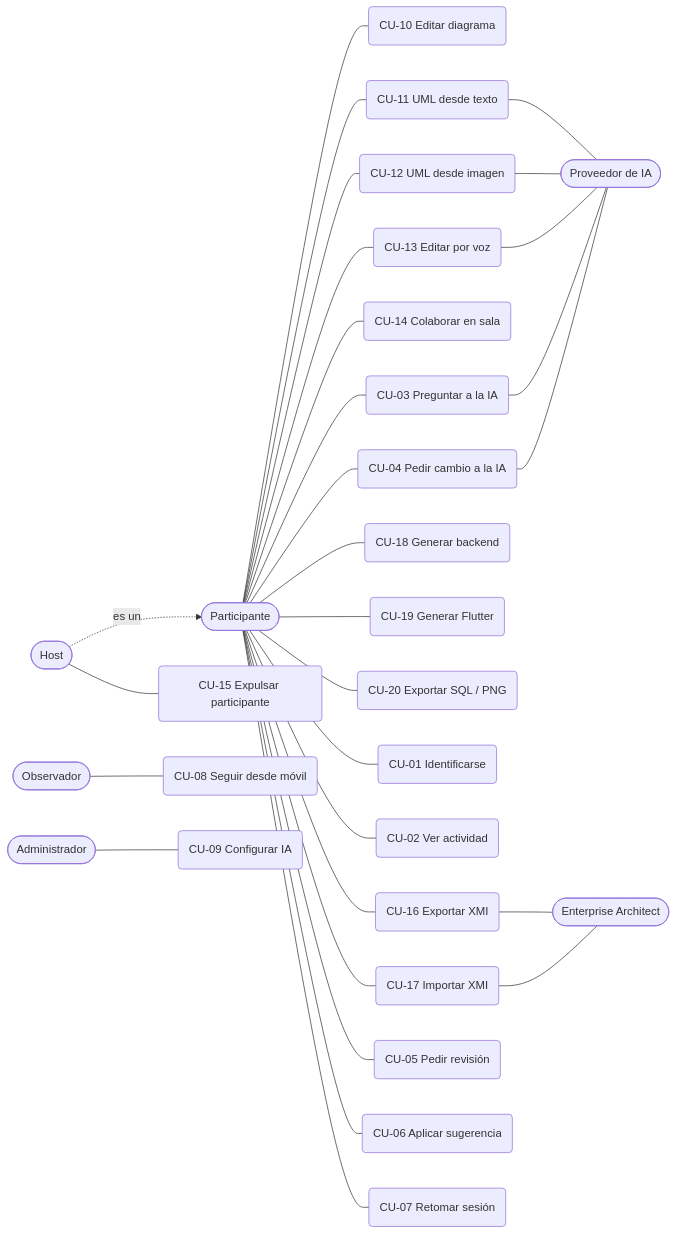
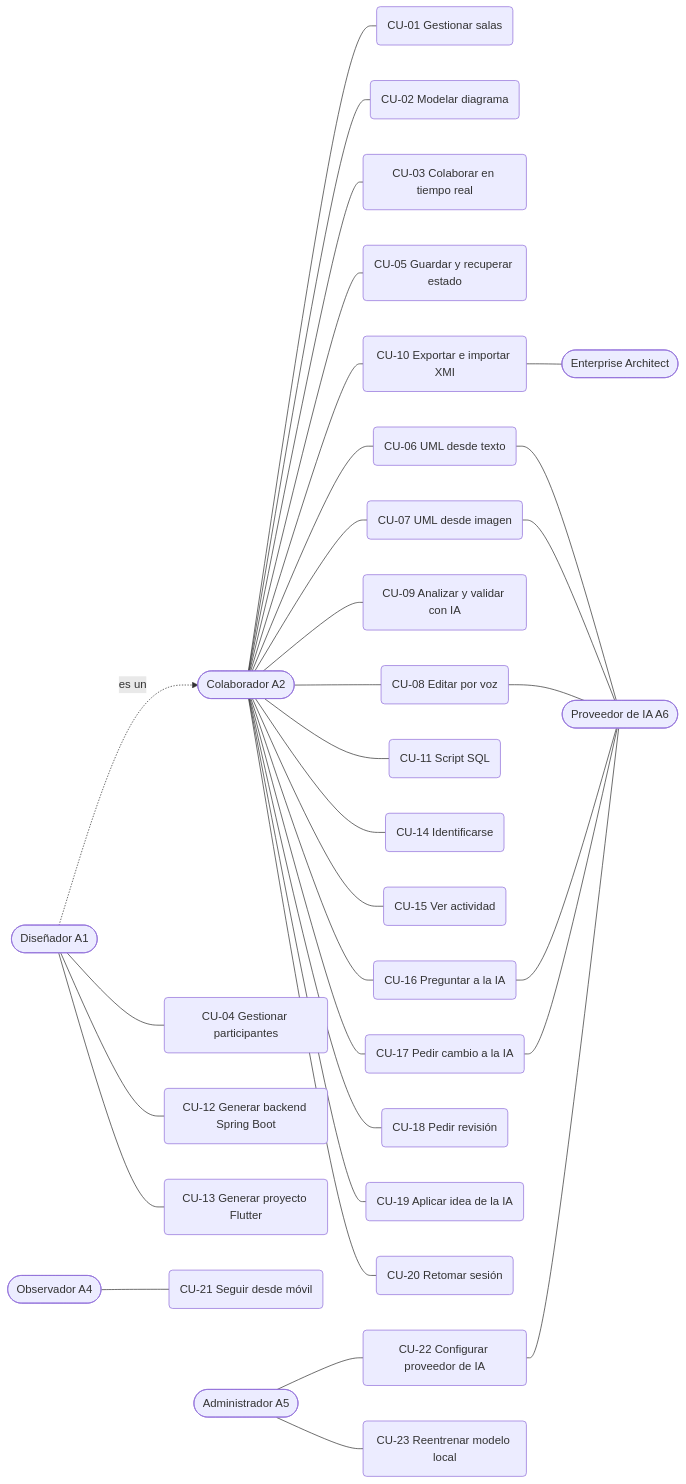
The diagram in docs/puds/01-requisitos.md (Gris999/Diagramador_UML_Examen2), drawn with Mermaid before and after one commit. The commit also changed other lines of this file and 4 other files, not shown here.

````diff
--- a/docs/puds/01-requisitos.md
+++ b/docs/puds/01-requisitos.md
@@ -19,31 +23,34 @@
 ```mermaid
 flowchart LR
-  P([Participante]) --- CU10(CU-10 Editar diagrama)
-  P --- CU11(CU-11 UML desde texto)
-  P --- CU12(CU-12 UML desde imagen)
-  P --- CU13(CU-13 Editar por voz)
-  P --- CU14(CU-14 Colaborar en sala)
-  P --- CU16(CU-16 Exportar XMI)
-  P --- CU17(CU-17 Importar XMI)
-  P --- CU18(CU-18 Generar backend)
-  P --- CU19(CU-19 Generar Flutter)
-  P --- CU20(CU-20 Exportar SQL / PNG)
-  P --- CU01(CU-01 Identificarse)
-  P --- CU02(CU-02 Ver actividad)
-  P --- CU03(CU-03 Preguntar a la IA)
-  P --- CU04(CU-04 Pedir cambio a la IA)
-  P --- CU05(CU-05 Pedir revisión)
-  P --- CU06(CU-06 Aplicar sugerencia)
-  P --- CU07(CU-07 Retomar sesión)
-  H([Host]) --- CU15(CU-15 Expulsar participante)
-  H -. es un .-> P
-  O([Observador]) --- CU08(CU-08 Seguir desde móvil)
-  A([Administrador]) --- CU09(CU-09 Configurar IA)
-  CU16 --- EA([Enterprise Architect])
-  CU17 --- EA
-  CU11 --- G([Proveedor de IA])
-  CU12 --- G
-  CU13 --- G
-  CU03 --- G
-  CU04 --- G
+  C([Colaborador A2]) --- CU01(CU-01 Gestionar salas)
+  C --- CU02(CU-02 Modelar diagrama)
+  C --- CU03(CU-03 Colaborar en tiempo real)
+  C --- CU05(CU-05 Guardar y recuperar estado)
+  C --- CU06(CU-06 UML desde texto)
+  C --- CU07(CU-07 UML desde imagen)
+  C --- CU08(CU-08 Editar por voz)
+  C --- CU09(CU-09 Analizar y validar con IA)
+  C --- CU10(CU-10 Exportar e importar XMI)
+  C --- CU11(CU-11 Script SQL)
+  C --- CU14(CU-14 Identificarse)
+  C --- CU15(CU-15 Ver actividad)
+  C --- CU16(CU-16 Preguntar a la IA)
+  C --- CU17(CU-17 Pedir cambio a la IA)
+  C --- CU18(CU-18 Pedir revisión)
+  C --- CU19(CU-19 Aplicar idea de la IA)
+  C --- CU20(CU-20 Retomar sesión)
+  D([Diseñador A1]) --- CU04(CU-04 Gestionar participantes)
+  D --- CU12(CU-12 Generar backend Spring Boot)
+  D --- CU13(CU-13 Generar proyecto Flutter)
+  D -. es un .-> C
+  O([Observador A4]) --- CU21(CU-21 Seguir desde móvil)
+  A([Administrador A5]) --- CU22(CU-22 Configurar proveedor de IA)
+  A --- CU23(CU-23 Reentrenar modelo local)
+  CU10 --- EA([Enterprise Architect])
+  CU06 --- G([Proveedor de IA A6])
+  CU07 --- G
+  CU08 --- G
+  CU16 --- G
+  CU17 --- G
+  CU22 --- G
 ```
````
